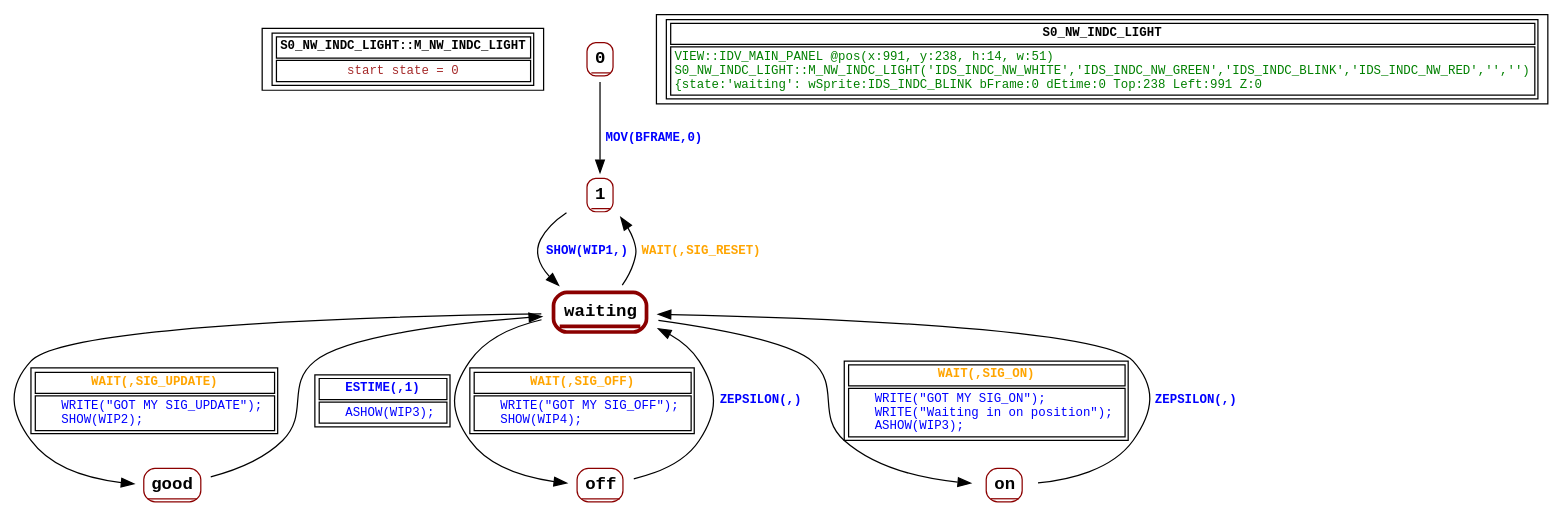
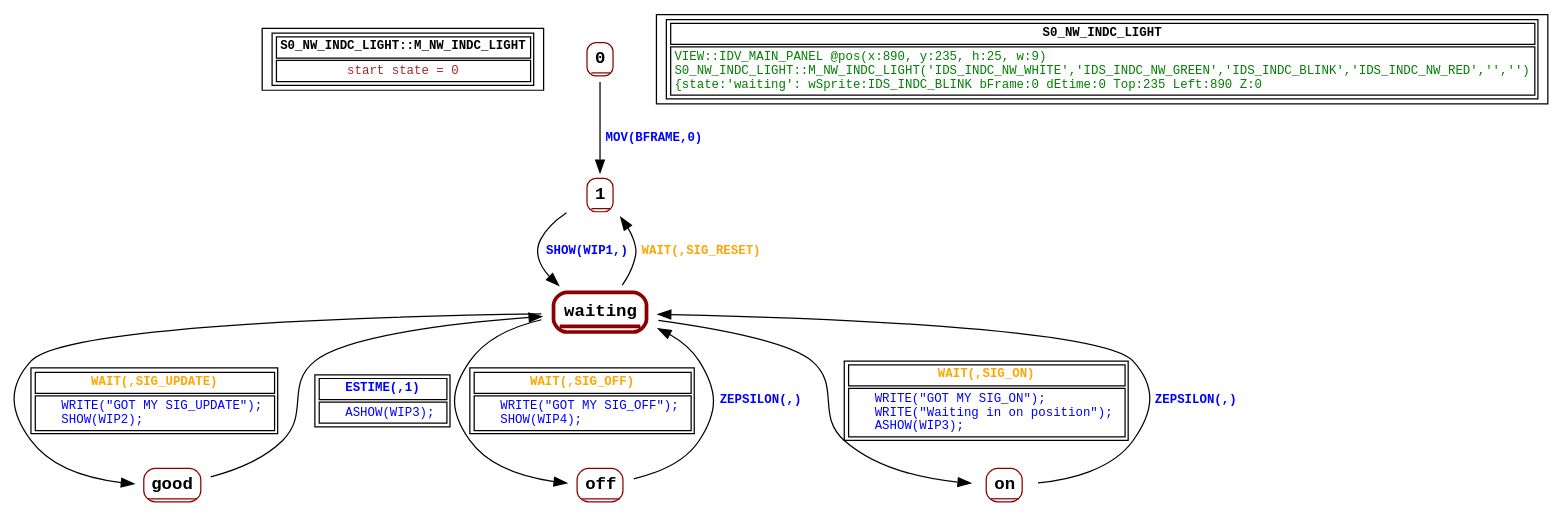
One commit to guy-stewart/AzariaCD changed the diagram in graphs/S0_NW_INDC_LIGHT.dot. Above: the diagram before and after it, drawn with Graphviz. The commit also changed 31 other files, not shown here.

```diff
--- a/graphs/S0_NW_INDC_LIGHT.dot
+++ b/graphs/S0_NW_INDC_LIGHT.dot
@@ -1,49 +1,49 @@
 digraph Automaton {
  fontname="Courier New"
 	node [shape=oval, fontname="Courier New"];
 	filename[shape = record, fontsize=10, label=< <table border="1"><tr><td><b>S0_NW_INDC_LIGHT::M_NW_INDC_LIGHT<br align="left"/></b></td></tr>
 <tr><td><font point-size="10" color ="brown">start state = 0<br align="left"/></font></td></tr></table>>
 ];
 	0[shape = none, fontsize=14, label=< <table border="1" color="darkred" style="rounded"><tr><td sides="b"><b>0<br align="left"/></b></td></tr>
 </table>>];
 "0" -> "1" [fontcolor=blue,fontsize=10,fontname="Courier New", label=< <table border="0"><tr><td><b>MOV(BFRAME,0)<br align="left"/></b></td></tr>
 </table>>
 ];
 	1[shape = none, fontsize=14, label=< <table border="1" color="darkred" style="rounded"><tr><td sides="b"><b>1<br align="left"/></b></td></tr>
 </table>>];
 "1" -> "waiting" [fontcolor=blue,fontsize=10,fontname="Courier New", label=< <table border="0"><tr><td><b>SHOW(WIP1,)<br align="left"/></b></td></tr>
 </table>>
 ];
 	good[shape = none, fontsize=14, label=< <table border="1" color="darkred" style="rounded"><tr><td sides="b"><b>good<br align="left"/></b></td></tr>
 </table>>];
 "good" -> "waiting" [fontcolor=blue,fontsize=10,fontname="Courier New", label=< <table border="1"><tr><td><b>ESTIME(,1)<br align="left"/></b></td></tr>
 <tr><td><font point-size="10" color ="blue">    ASHOW(WIP3);<br align="left"/></font></td></tr></table>>
 ];
 	off[shape = none, fontsize=14, label=< <table border="1" color="darkred" style="rounded"><tr><td sides="b"><b>off<br align="left"/></b></td></tr>
 </table>>];
 "off" -> "waiting" [fontcolor=blue,fontsize=10,fontname="Courier New", label=< <table border="0"><tr><td><b>ZEPSILON(,)<br align="left"/></b></td></tr>
 </table>>
 ];
 	on[shape = none, fontsize=14, label=< <table border="1" color="darkred" style="rounded"><tr><td sides="b"><b>on<br align="left"/></b></td></tr>
 </table>>];
 "on" -> "waiting" [fontcolor=blue,fontsize=10,fontname="Courier New", label=< <table border="0"><tr><td><b>ZEPSILON(,)<br align="left"/></b></td></tr>
 </table>>
 ];
 	waiting[shape = none, fontsize=14, label=< <table border="3" color="darkred" style="rounded"><tr><td sides="b"><b>waiting<br align="left"/></b></td></tr>
 </table>>];
 "waiting" -> "on" [fontcolor=orange,fontsize=10,fontname="Courier New", label=< <table border="1"><tr><td><b>WAIT(,SIG_ON)<br align="left"/></b></td></tr>
 <tr><td><font point-size="10" color ="blue">    WRITE(&quot;GOT MY SIG_ON&quot;);<br align="left"/>    WRITE(&quot;Waiting in on position&quot;);<br align="left"/>    ASHOW(WIP3);<br align="left"/></font></td></tr></table>>
 ];
 "waiting" -> "good" [fontcolor=orange,fontsize=10,fontname="Courier New", label=< <table border="1"><tr><td><b>WAIT(,SIG_UPDATE)<br align="left"/></b></td></tr>
 <tr><td><font point-size="10" color ="blue">    WRITE(&quot;GOT MY SIG_UPDATE&quot;);<br align="left"/>    SHOW(WIP2);<br align="left"/></font></td></tr></table>>
 ];
 "waiting" -> "off" [fontcolor=orange,fontsize=10,fontname="Courier New", label=< <table border="1"><tr><td><b>WAIT(,SIG_OFF)<br align="left"/></b></td></tr>
 <tr><td><font point-size="10" color ="blue">    WRITE(&quot;GOT MY SIG_OFF&quot;);<br align="left"/>    SHOW(WIP4);<br align="left"/></font></td></tr></table>>
 ];
 "waiting" -> "1" [fontcolor=orange,fontsize=10,fontname="Courier New", label=< <table border="0"><tr><td><b>WAIT(,SIG_RESET)<br align="left"/></b></td></tr>
 </table>>
 ];
 	status[shape = record, fontsize=10, label=< <table border="1"><tr><td><b>S0_NW_INDC_LIGHT<br align="left"/></b></td></tr>
-<tr><td><font point-size="10" color ="green">VIEW::IDV_MAIN_PANEL @pos(x:991, y:238, h:14, w:51)<br align="left"/>S0_NW_INDC_LIGHT::M_NW_INDC_LIGHT(&apos;IDS_INDC_NW_WHITE&apos;,&apos;IDS_INDC_NW_GREEN&apos;,&apos;IDS_INDC_BLINK&apos;,&apos;IDS_INDC_NW_RED&apos;,&apos;&apos;,&apos;&apos;)<br align="left"/>			&#123;state:&apos;waiting&apos;: wSprite:IDS_INDC_BLINK bFrame:0 dEtime:0 Top:238 Left:991 Z:0<br align="left"/></font></td></tr></table>>
+<tr><td><font point-size="10" color ="green">VIEW::IDV_MAIN_PANEL @pos(x:890, y:235, h:25, w:9)<br align="left"/>S0_NW_INDC_LIGHT::M_NW_INDC_LIGHT(&apos;IDS_INDC_NW_WHITE&apos;,&apos;IDS_INDC_NW_GREEN&apos;,&apos;IDS_INDC_BLINK&apos;,&apos;IDS_INDC_NW_RED&apos;,&apos;&apos;,&apos;&apos;)<br align="left"/>			&#123;state:&apos;waiting&apos;: wSprite:IDS_INDC_BLINK bFrame:0 dEtime:0 Top:235 Left:890 Z:0<br align="left"/></font></td></tr></table>>
 ];
 }
```
